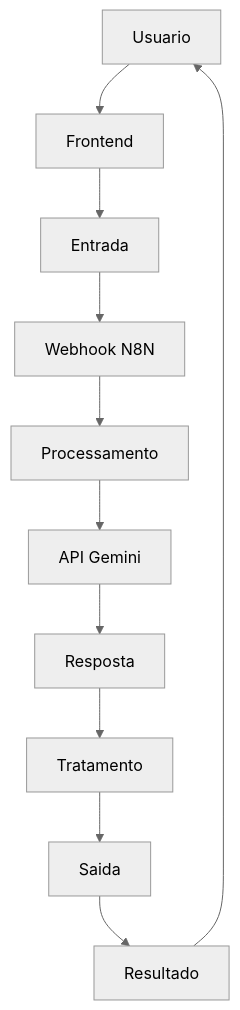
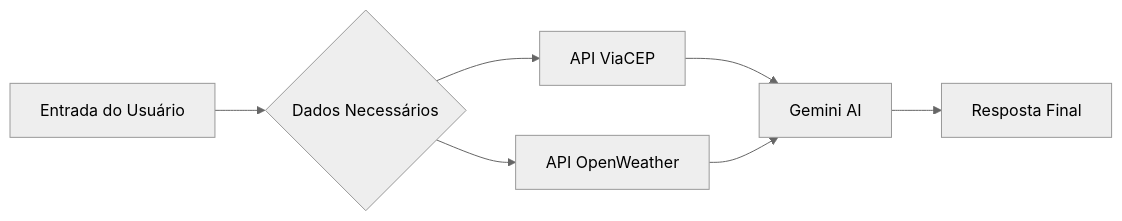
Before and after one commit to OlavoBD/Smart-Sleep: the diagram in README.md, drawn with Mermaid (neutral theme). The commit also changed other lines of this file, not shown here.

````diff
--- a/README.md
+++ b/README.md
@@ -14,19 +13,10 @@
 ```mermaid
-flowchart TD
+flowchart LR
 
-    A[Usuario] --> B[Frontend]
-
-    B --> C[Entrada]
-    C --> D[Webhook N8N]
-
-    D --> E[Processamento]
-    E --> F[API Gemini]
-
-    F --> G[Resposta]
-    G --> H[Tratamento]
-
-    H --> I[Saida]
-    I --> J[Resultado]
-
-    J --> A
+A[Entrada do Usuário] --> B{Dados Necessários}
+B --> C[API ViaCEP]
+B --> D[API OpenWeather]
+C --> E[Gemini AI]
+D --> E
+E --> F[Resposta Final]
 ```
````
